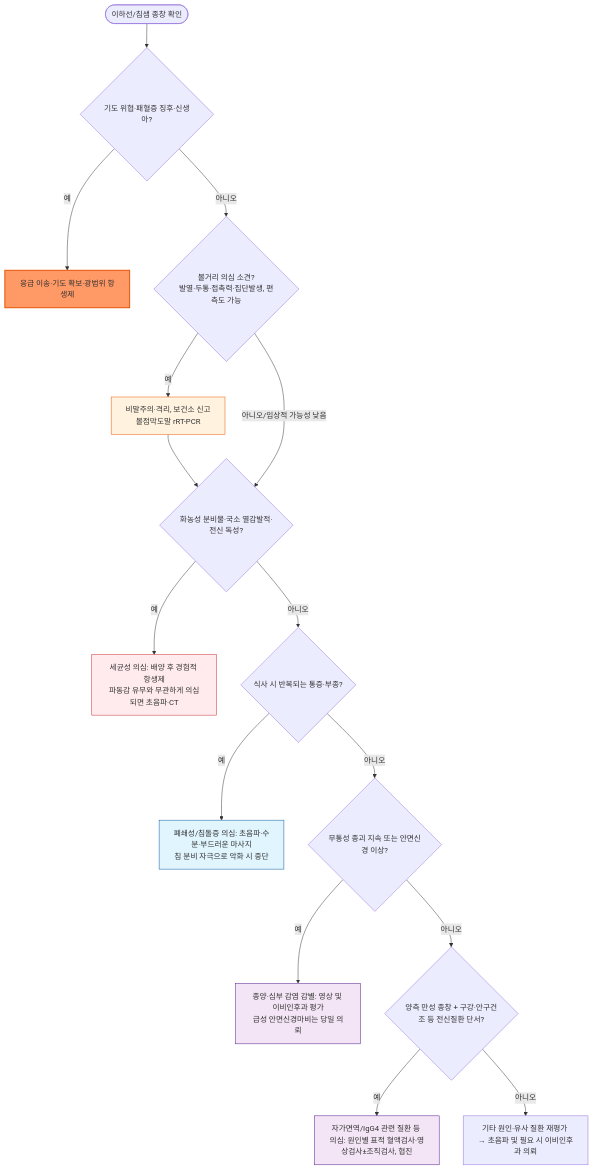
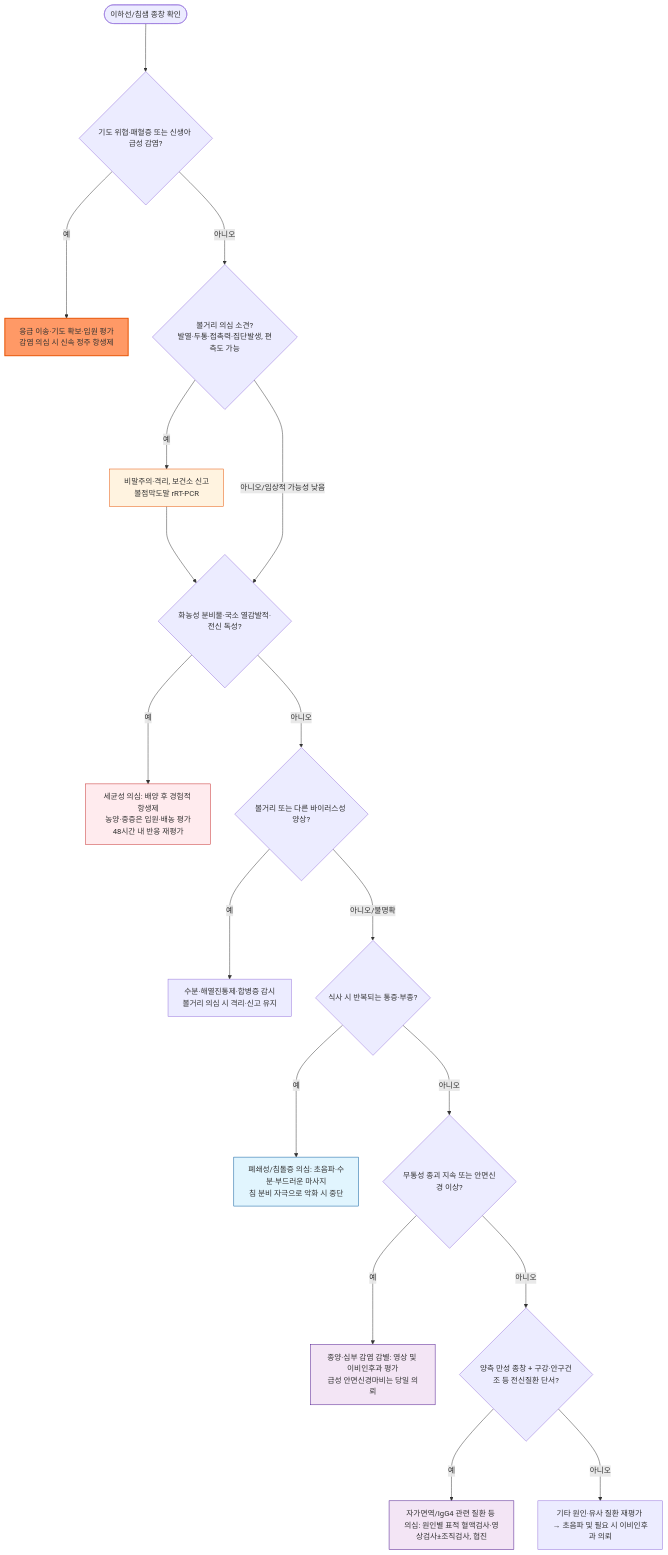
Before and after one commit to familyoh77/familyoh77: the diagram in 230_/196_-parotitis.md, drawn with Mermaid. The commit also changed other lines of this file and 9 other files, not shown here.

````diff
--- a/230_/196_-parotitis.md
+++ b/230_/196_-parotitis.md
@@ -151,23 +160,25 @@
 ```mermaid
 graph TD
-    A(["이하선/침샘 종창 확인"]) --> B{"기도 위협·패혈증 징후·신생아?"}
-    B -->|예| B1["응급 이송·기도 확보·광범위 항생제"]
-    B -->|아니오| C{"볼거리 의심 소견?<br/>발열·두통·접촉력·집단발생, 편측도 가능"}
-    C -->|예| C1["비말주의·격리, 보건소 신고<br/>볼점막도말 rRT-PCR"]
-    C1 --> D
-    C -->|아니오/임상적 가능성 낮음| D{"화농성 분비물·국소 열감발적·전신 독성?"}
-    D -->|예| D1["세균성 의심: 배양 후 경험적 항생제<br/>파동감 유무와 무관하게 의심되면 초음파·CT"]
-    D -->|아니오| E{"식사 시 반복되는 통증·부종?"}
-    E -->|예| E1["폐쇄성/침돌증 의심: 초음파·수분·부드러운 마사지<br/>침 분비 자극으로 악화 시 중단"]
-    E -->|아니오| F{"무통성 종괴 지속 또는 안면신경 이상?"}
-    F -->|예| F1["종양·심부 감염 감별: 영상 및 이비인후과 평가<br/>급성 안면신경마비는 당일 의뢰"]
-    F -->|아니오| G{"양측 만성 종창 + 구강·안구건조 등 전신질환 단서?"}
-    G -->|예| G1["자가면역/IgG4 관련 질환 등 의심: 원인별 표적 혈액검사·영상검사±조직검사, 협진"]
-    G -->|아니오| H["기타 원인·유사 질환 재평가 → 초음파 및 필요 시 이비인후과 의뢰"]
+    A(["이하선/침샘 종창 확인"]) ---> B{"기도 위협·패혈증 또는 신생아 급성 감염?"}
+    B --->|예| B1["응급 이송·기도 확보·입원 평가<br/>감염 의심 시 신속 정주 항생제"]
+    B --->|아니오| C{"볼거리 의심 소견?<br/>발열·두통·접촉력·집단발생, 편측도 가능"}
+    C --->|예| C1["비말주의·격리, 보건소 신고<br/>볼점막도말 rRT-PCR"]
+    C1 ---> D
+    C --->|아니오/임상적 가능성 낮음| D{"화농성 분비물·국소 열감발적·전신 독성?"}
+    D --->|예| D1["세균성 의심: 배양 후 경험적 항생제<br/>농양·중증은 입원·배농 평가<br/>48시간 내 반응 재평가"]
+    D --->|아니오| V{"볼거리 또는 다른 바이러스성 양상?"}
+    V --->|예| V1["수분·해열진통제·합병증 감시<br/>볼거리 의심 시 격리·신고 유지"]
+    V --->|아니오/불명확| E{"식사 시 반복되는 통증·부종?"}
+    E --->|예| E1["폐쇄성/침돌증 의심: 초음파·수분·부드러운 마사지<br/>침 분비 자극으로 악화 시 중단"]
+    E --->|아니오| F{"무통성 종괴 지속 또는 안면신경 이상?"}
+    F --->|예| F1["종양·심부 감염 감별: 영상 및 이비인후과 평가<br/>급성 안면신경마비는 당일 의뢰"]
+    F --->|아니오| G{"양측 만성 종창 + 구강·안구건조 등 전신질환 단서?"}
+    G --->|예| G1["자가면역/IgG4 관련 질환 등 의심: 원인별 표적 혈액검사·영상검사±조직검사, 협진"]
+    G --->|아니오| H["기타 원인·유사 질환 재평가 → 초음파 및 필요 시 이비인후과 의뢰"]
     style B1 fill:#f96,stroke:#e65100,stroke-width:2px
     style C1 fill:#fff3e0,stroke:#e65100
     style D1 fill:#ffebee,stroke:#c62828
     style E1 fill:#e1f5fe,stroke:#01579b
     style F1 fill:#f3e5f5,stroke:#4a148c
     style G1 fill:#f3e5f5,stroke:#4a148c
 ```
````
